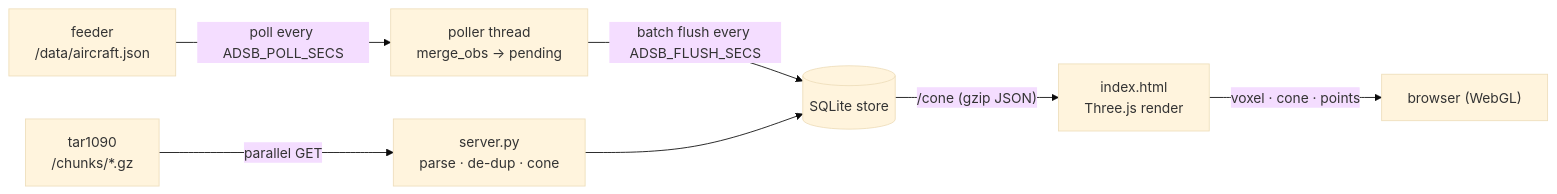
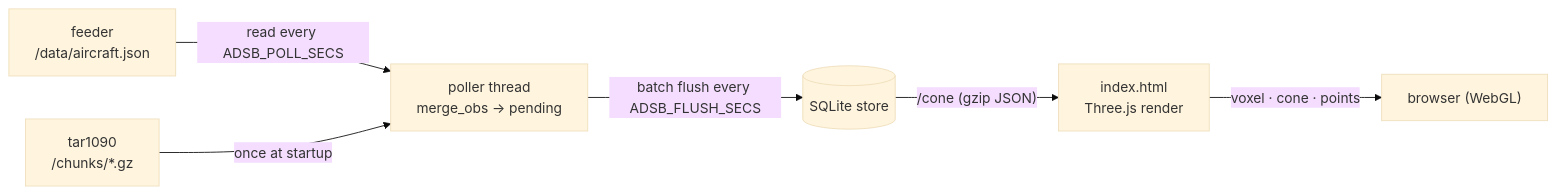
Before and after one commit to jrsphoto/ADSb-Vue: the diagram in DETAILS.md, drawn with Mermaid (base theme). The commit also changed other lines of this file and 7 other files, not shown here.

````diff
--- a/DETAILS.md
+++ b/DETAILS.md
@@ -14,9 +14,8 @@
 ```mermaid
 flowchart LR
-    A["feeder<br/>/data/aircraft.json"] -->|"poll every ADSB_POLL_SECS"| P["poller thread<br/>merge_obs → pending"]
-    T["tar1090<br/>/chunks/*.gz"] -->|"parallel GET"| S["server.py<br/>parse · de-dup · cone"]
+    A["feeder<br/>/data/aircraft.json"] -->|"read every ADSB_POLL_SECS"| P["poller thread<br/>merge_obs → pending"]
+    T["tar1090<br/>/chunks/*.gz"] -->|"once at startup"| P
     P -->|"batch flush every ADSB_FLUSH_SECS"| D[("SQLite store")]
-    S --> D
     D -->|"/cone (gzip JSON)"| B["index.html<br/>Three.js render"]
     B -->|"voxel · cone · points"| U["browser (WebGL)"]
 ```
````
